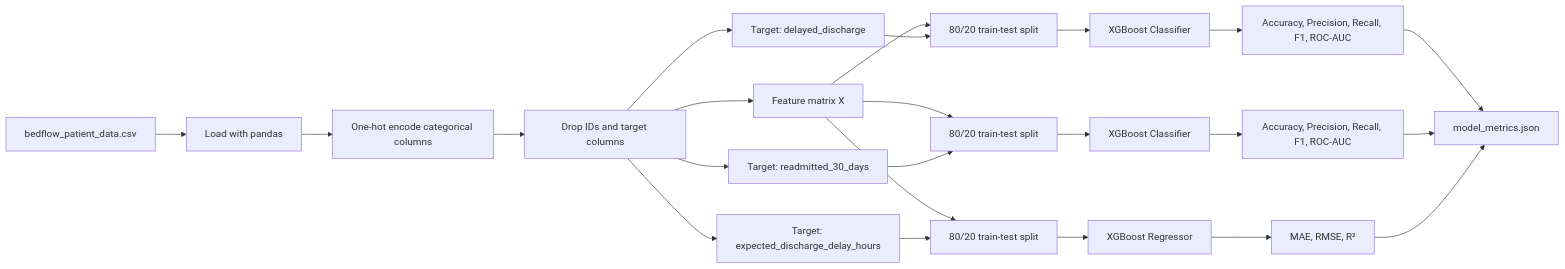
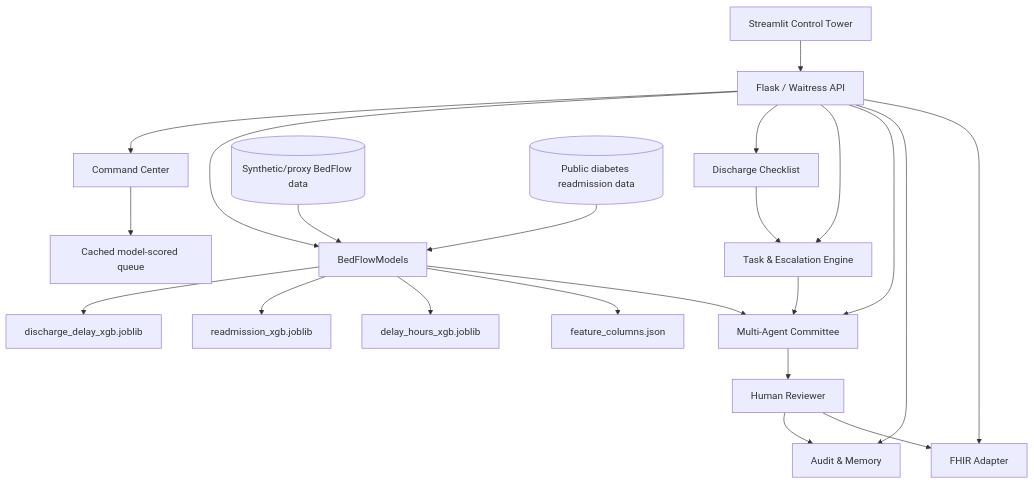
The second of 3 diagrams in README.md (draculess99/BedFlow_AI), drawn with Mermaid before and after one commit. The commit also changed other lines of this file and 35 other files, not shown here.

````diff
--- a/README.md
+++ b/README.md
@@ -299,30 +84,28 @@
 ```mermaid
-flowchart LR
-    A[bedflow_patient_data.csv] --> B[Load with pandas]
-    B --> C[One-hot encode categorical columns]
-    C --> D[Drop IDs and target columns]
-    D --> E[Feature matrix X]
+flowchart TB
+    U[Streamlit Control Tower] --> API[Flask / Waitress API]
 
-    D --> F1[Target: delayed_discharge]
-    D --> F2[Target: readmitted_30_days]
-    D --> F3[Target: expected_discharge_delay_hours]
+    API --> CC[Command Center]
+    API --> ML[BedFlowModels]
+    API --> CL[Discharge Checklist]
+    API --> T[Task & Escalation Engine]
+    API --> AG[Multi-Agent Committee]
+    API --> AU[Audit & Memory]
+    API --> FH[FHIR Adapter]
 
-    E --> G1[80/20 train-test split]
-    F1 --> G1
-    G1 --> H1[XGBoost Classifier]
-    H1 --> I1[Accuracy, Precision, Recall, F1, ROC-AUC]
+    ML --> A1[discharge_delay_xgb.joblib]
+    ML --> A2[readmission_xgb.joblib]
+    ML --> A3[delay_hours_xgb.joblib]
+    ML --> FC[feature_columns.json]
 
-    E --> G2[80/20 train-test split]
-    F2 --> G2
-    G2 --> H2[XGBoost Classifier]
-    H2 --> I2[Accuracy, Precision, Recall, F1, ROC-AUC]
+    CC --> Q[Cached model-scored queue]
+    CL --> T
+    ML --> AG
+    T --> AG
+    AG --> HR[Human Reviewer]
+    HR --> AU
+    HR --> FH
 
-    E --> G3[80/20 train-test split]
-    F3 --> G3
-    G3 --> H3[XGBoost Regressor]
-    H3 --> I3[MAE, RMSE, R²]
-
-    I1 --> J[model_metrics.json]
-    I2 --> J
-    I3 --> J
+    D1[(Synthetic/proxy BedFlow data)] --> ML
+    D2[(Public diabetes readmission data)] --> ML
 ```
````
